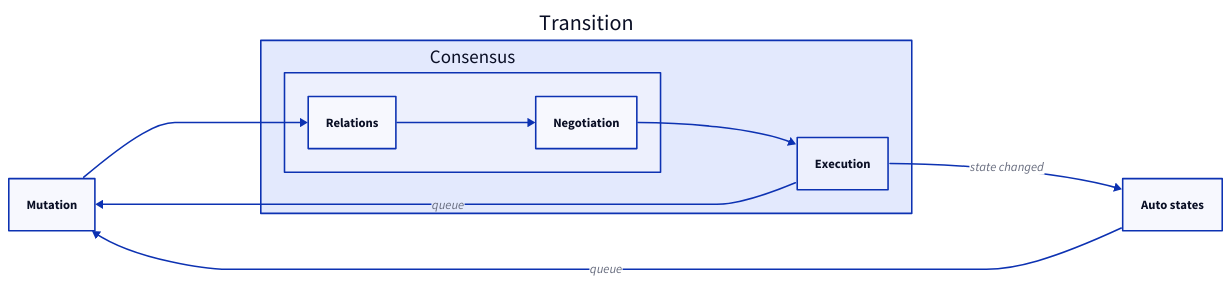
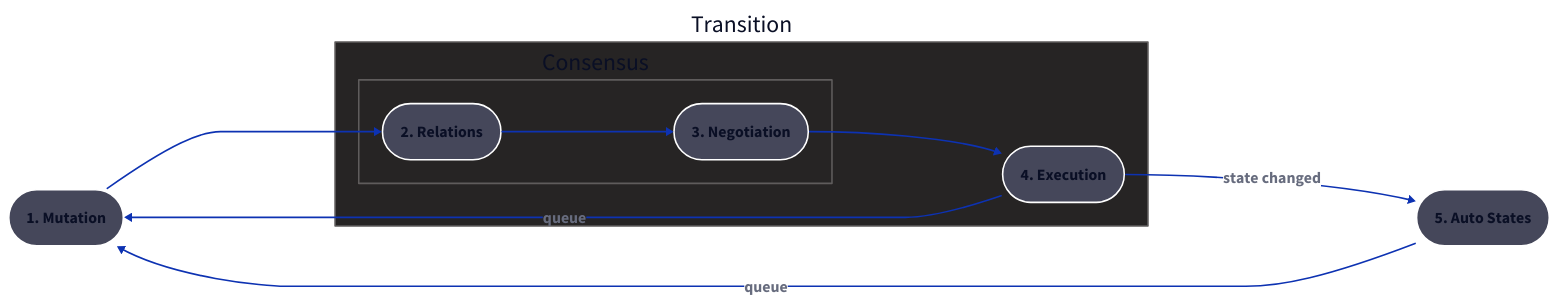
One commit to pancsta/asyncmachine-go changed diagram 14 of 14 in docs/diagrams.md. Above: the diagram before and after it, drawn with D2. The commit also changed 7 other files, not shown here.

````diff
--- a/docs/diagrams.md
+++ b/docs/diagrams.md
@@ -421,16 +421,71 @@
 ```d2
 direction: right
 
+classes: {
+  node: {
+    style: {
+      stroke: white
+      border-radius: 999
+      fill: "#45475A"
+      font-size: 20
+    }
+  }
+  group: {
+    style: {
+      stroke: "#5F5C5C"
+      fill: "#262424"
+      font-size: 30
+    }
+  }
+}
+
 Mutation -> Transition.Consensus.Relations -> Transition.Consensus.Negotiation -> Transition.Execution
 Transition: {
+  class: group
   Consensus: {
+    class: group
     Relations
     Negotiation
+    Relations: {
+      label: 2. Relations
+      class: node
+    }
+    Negotiation: {
+      label: 3. Negotiation
+      class: node
+    }
   }
   Execution
+  Execution: {
+    label: 4. Execution
+    class: node
+  }
 }
 
-Transition.Execution -> Mutation: queue
-Transition.Execution -> Auto states: state changed
-Auto states -> Mutation: queue
+Transition.Execution -> Mutation: queue {
+  style: {
+    font-size: 20
+    bold: true
+  }
+}
+Transition.Execution -> Auto: state changed {
+  style: {
+    font-size: 20
+    bold: true
+  }
+}
+Auto -> Mutation: queue {
+  style: {
+    font-size: 20
+    bold: true
+  }
+}
+Mutation: {
+  label: 1. Mutation
+  class: node
+}
+Auto: {
+  label: 5. Auto States
+  class: node
+}
 ```
````
